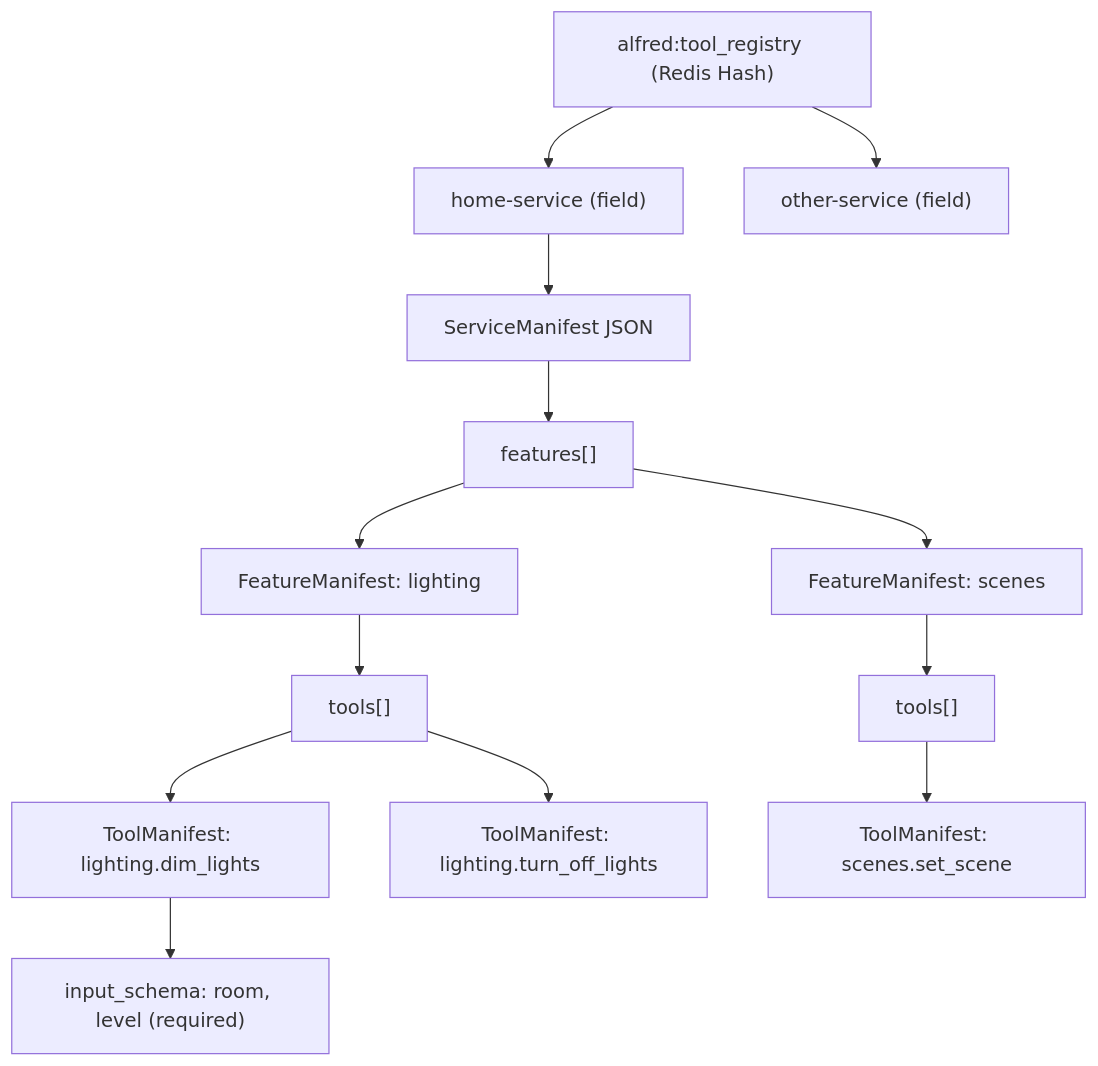
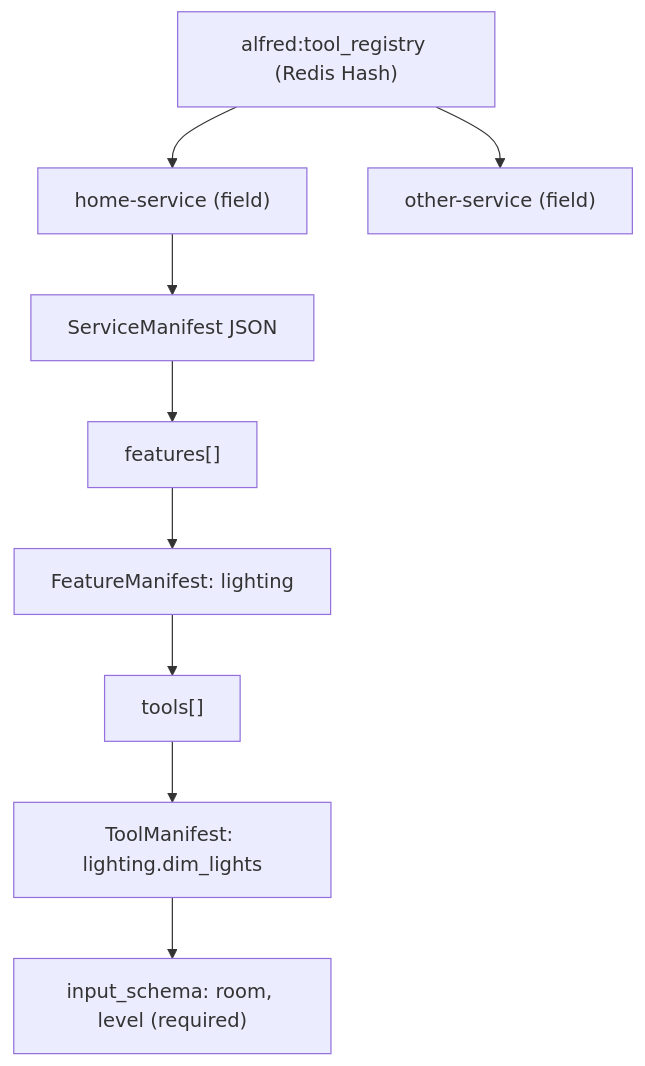
The first of 4 diagrams in docs/sdk.md (anirudhlath/alfred), drawn with Mermaid before and after one commit. The commit also changed 2 other files, not shown here.

Commit message:
fix(sdk): carry JSON-safe parameter defaults in the manifest

````diff
--- a/docs/sdk.md
+++ b/docs/sdk.md
@@ -277,15 +277,11 @@
 ```mermaid
 graph TD
     A["alfred:tool_registry (Redis Hash)"] --> B["home-service (field)"]
     A --> C["other-service (field)"]
     B --> D["ServiceManifest JSON"]
     D --> E["features[]"]
     E --> F["FeatureManifest: lighting"]
-    E --> G["FeatureManifest: scenes"]
     F --> H["tools[]"]
     H --> I["ToolManifest: lighting.dim_lights"]
-    H --> J["ToolManifest: lighting.turn_off_lights"]
     I --> K["input_schema: room, level (required)"]
-    G --> L["tools[]"]
-    L --> M["ToolManifest: scenes.set_scene"]
 ```
````
